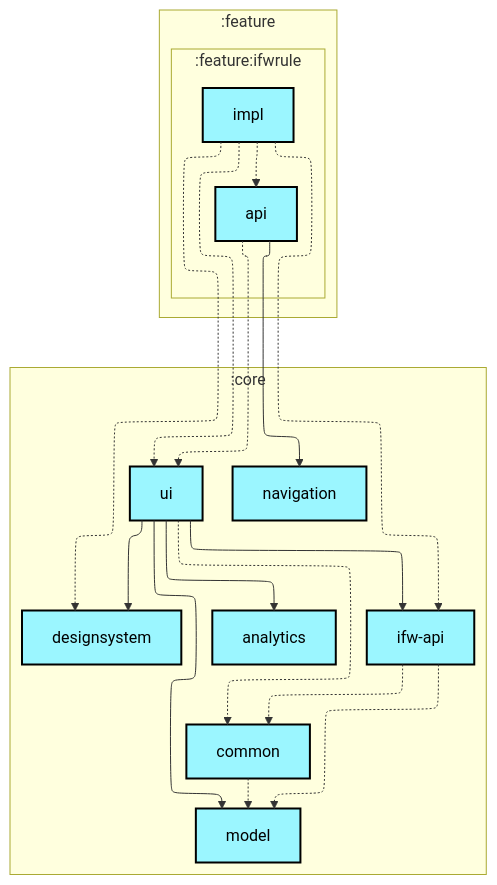
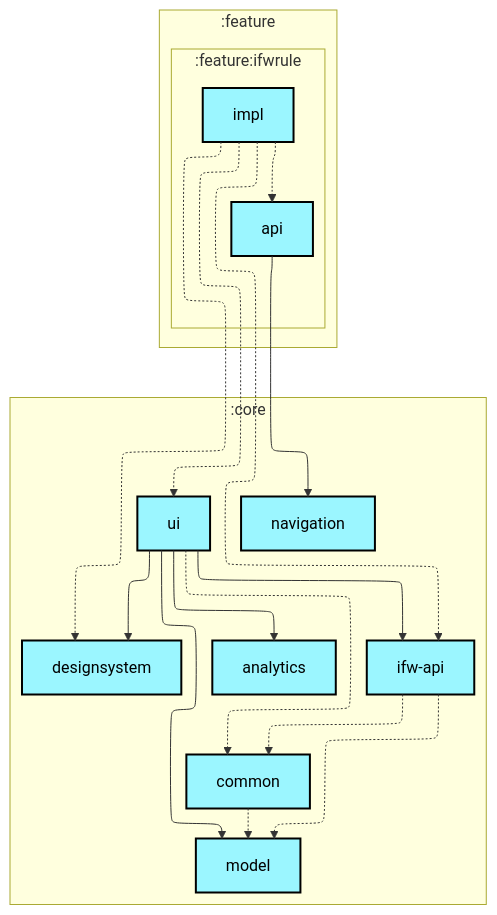
The first of 2 diagrams in feature/ifwrule/impl/README.md (lihenggui/blocker), drawn with Mermaid before and after one commit. The commit also changed 29 other files, not shown here.

First line of the commit message:
Update module dependency graphs after boundary cleanup

````diff
--- a/feature/ifwrule/impl/README.md
+++ b/feature/ifwrule/impl/README.md
@@ -6,49 +6,48 @@
 ```mermaid
 ---
 config:
   layout: elk
   elk:
     nodePlacementStrategy: SIMPLE
 ---
 graph TB
   subgraph :feature
     direction TB
     subgraph :feature:ifwrule
       direction TB
       :feature:ifwrule:api[api]:::android-library
       :feature:ifwrule:impl[impl]:::android-library
     end
   end
   subgraph :core
     direction TB
     :core:analytics[analytics]:::android-library
     :core:common[common]:::android-library
     :core:designsystem[designsystem]:::android-library
     :core:ifw-api[ifw-api]:::android-library
     :core:model[model]:::android-library
     :core:navigation[navigation]:::android-library
     :core:ui[ui]:::android-library
   end
 
   :core:common -.-> :core:model
   :core:ifw-api -.-> :core:common
   :core:ifw-api -.-> :core:model
   :core:ui --> :core:analytics
   :core:ui -.-> :core:common
   :core:ui --> :core:designsystem
   :core:ui --> :core:ifw-api
   :core:ui --> :core:model
   :feature:ifwrule:api --> :core:navigation
-  :feature:ifwrule:api -.-> :core:ui
   :feature:ifwrule:impl -.-> :core:designsystem
   :feature:ifwrule:impl -.-> :core:ifw-api
   :feature:ifwrule:impl -.-> :core:ui
   :feature:ifwrule:impl -.-> :feature:ifwrule:api
 
 classDef android-application fill:#CAFFBF,stroke:#000,stroke-width:2px,color:#000;
 classDef android-feature fill:#FFD6A5,stroke:#000,stroke-width:2px,color:#000;
 classDef android-library fill:#9BF6FF,stroke:#000,stroke-width:2px,color:#000;
 classDef android-test fill:#A0C4FF,stroke:#000,stroke-width:2px,color:#000;
 classDef jvm-library fill:#BDB2FF,stroke:#000,stroke-width:2px,color:#000;
 classDef unknown fill:#FFADAD,stroke:#000,stroke-width:2px,color:#000;
 ```
````
